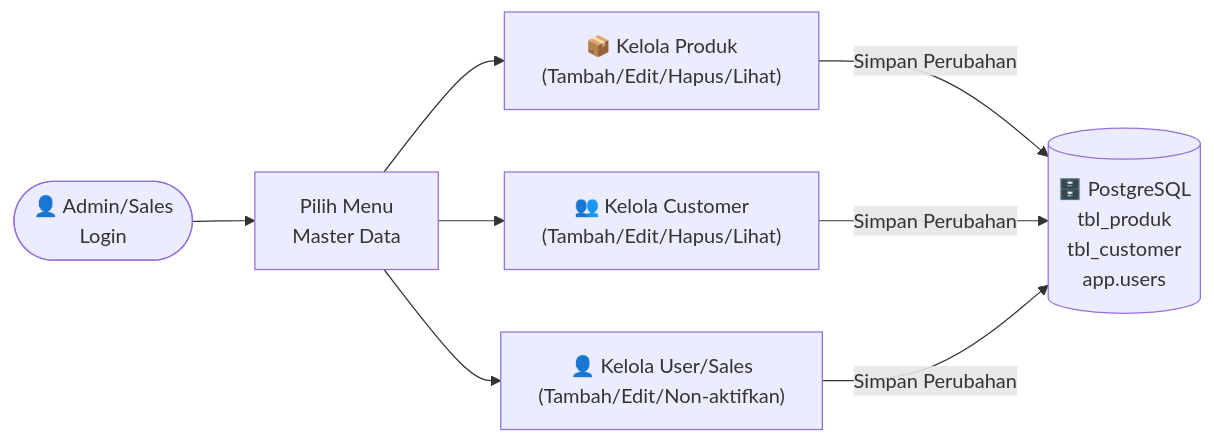
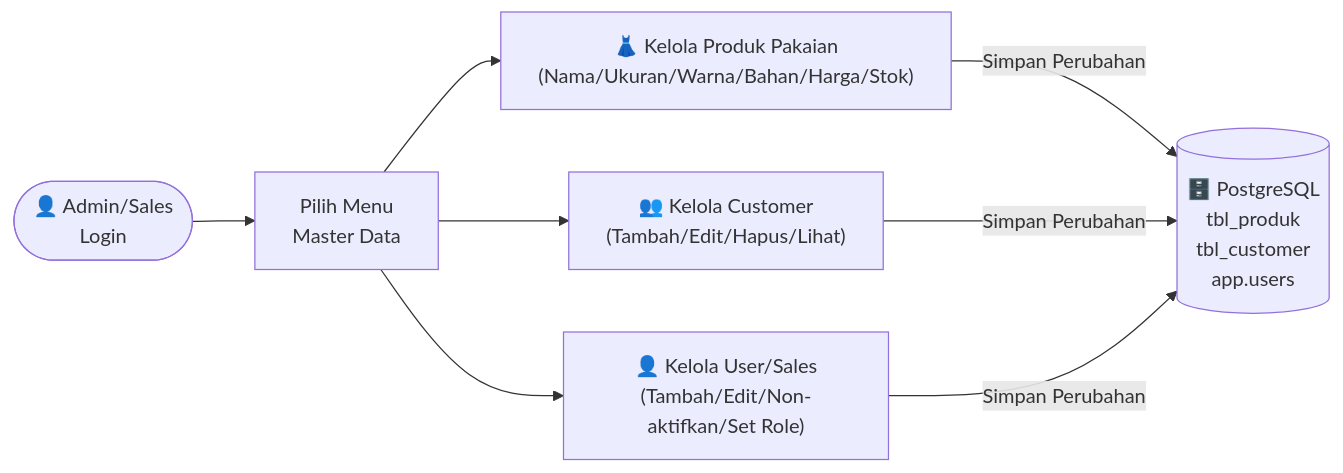
The sixth of 10 diagrams in Self_Service_AI_Dashboard_PRD.md (FadhliPohan/training-ai), drawn with Mermaid before and after one commit. The commit also changed other lines of this file and 1 other file, not shown here.

````diff
--- a/Self_Service_AI_Dashboard_PRD.md
+++ b/Self_Service_AI_Dashboard_PRD.md
@@ -389,9 +447,9 @@
 ```mermaid
 flowchart LR
     Admin(["👤 Admin/Sales\nLogin"]) --> Menu["Pilih Menu\nMaster Data"]
-    Menu --> MP["📦 Kelola Produk\n(Tambah/Edit/Hapus/Lihat)"]
+    Menu --> MP["👗 Kelola Produk Pakaian\n(Nama/Ukuran/Warna/Bahan/Harga/Stok)"]
     Menu --> MC["👥 Kelola Customer\n(Tambah/Edit/Hapus/Lihat)"]
-    Menu --> MU["👤 Kelola User/Sales\n(Tambah/Edit/Non-aktifkan)"]
+    Menu --> MU["👤 Kelola User/Sales\n(Tambah/Edit/Non-aktifkan/Set Role)"]
 
     MP & MC & MU -->|"Simpan Perubahan"| PG[("🗄️ PostgreSQL\ntbl_produk\ntbl_customer\napp.users")]
 ```
````
